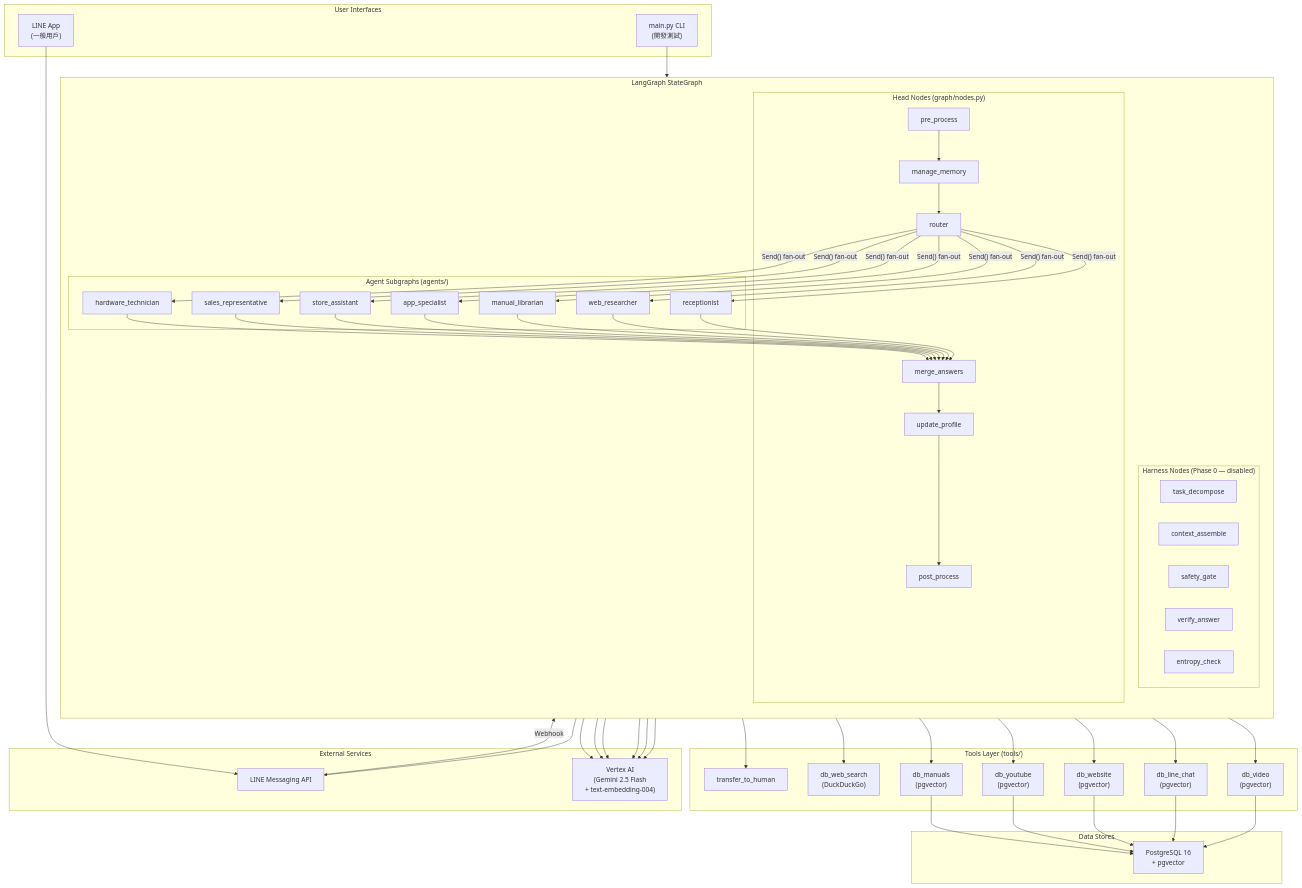
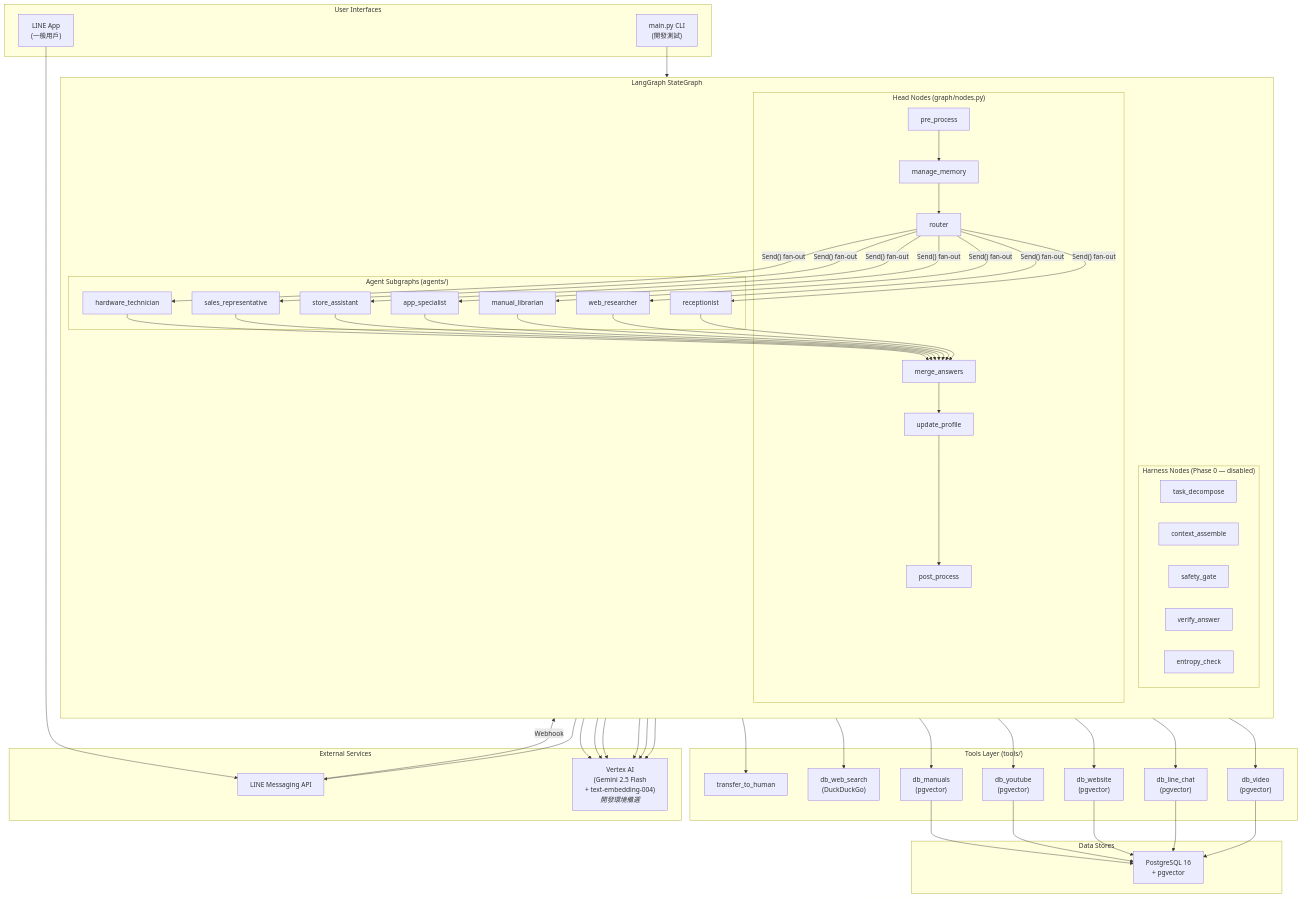
The fifth of 11 diagrams in docs/project-docs/05_architecture_and_design_document.md (sunnyDataScience/Smart-Lock_AI_Support_Service_Dispatch_SaaS_Platform), drawn with Mermaid before and after one commit. The commit also changed other lines of this file and 20 other files, not shown here.

````diff
--- a/docs/project-docs/05_architecture_and_design_document.md
+++ b/docs/project-docs/05_architecture_and_design_document.md
@@ -466,78 +466,78 @@
 ```mermaid
 graph TB
     subgraph "User Interfaces"
         LINE_APP["LINE App<br/>(一般用戶)"]
         CLI["main.py CLI<br/>(開發測試)"]
     end
 
     subgraph "External Services"
         LINE_API["LINE Messaging API"]
-        VERTEX["Vertex AI<br/>(Gemini 2.5 Flash<br/>+ text-embedding-004)"]
+        VERTEX["Vertex AI<br/>(Gemini 2.5 Flash<br/>+ text-embedding-004)<br/><i>開發環境備選</i>"]
     end
 
     subgraph "LangGraph StateGraph"
         direction TB
 
         subgraph "Head Nodes (graph/nodes.py)"
             PP["pre_process"]
             MM["manage_memory"]
             RT["router"]
             MA["merge_answers"]
             UP["update_profile"]
             PO["post_process"]
         end
 
         subgraph "Harness Nodes (Phase 0 — disabled)"
             TD["task_decompose"]
             CA["context_assemble"]
             SG["safety_gate"]
             VA["verify_answer"]
             EC["entropy_check"]
         end
 
         subgraph "Agent Subgraphs (agents/)"
             HW["hardware_technician"]
             SR["sales_representative"]
             SA["store_assistant"]
             AS["app_specialist"]
             ML["manual_librarian"]
             WR["web_researcher"]
             RC["receptionist"]
         end
     end
 
     subgraph "Tools Layer (tools/)"
         DB_V["db_video<br/>(pgvector)"]
         DB_L["db_line_chat<br/>(pgvector)"]
         DB_W["db_website<br/>(pgvector)"]
         DB_Y["db_youtube<br/>(pgvector)"]
         DB_M["db_manuals<br/>(pgvector)"]
         DB_WS["db_web_search<br/>(DuckDuckGo)"]
         TH["transfer_to_human"]
     end
 
     subgraph "Data Stores"
         PG["PostgreSQL 16<br/>+ pgvector"]
     end
 
     LINE_APP --> LINE_API
     LINE_API -- "Webhook" --> PP
     CLI --> PP
 
     PP --> MM --> RT
     RT -- "Send() fan-out" --> HW & SR & SA & AS & ML & WR & RC
     HW & SR & SA & AS & ML & WR & RC --> MA
     MA --> UP --> PO
 
     HW --> DB_V
     SR --> DB_L
     SA --> DB_W
     AS --> DB_Y
     ML --> DB_M
     WR --> DB_WS
     RC --> TH
 
     DB_V & DB_L & DB_W & DB_Y & DB_M --> PG
     HW & SR & SA & AS & ML & WR --> VERTEX
     PO --> LINE_API
 ```
````
